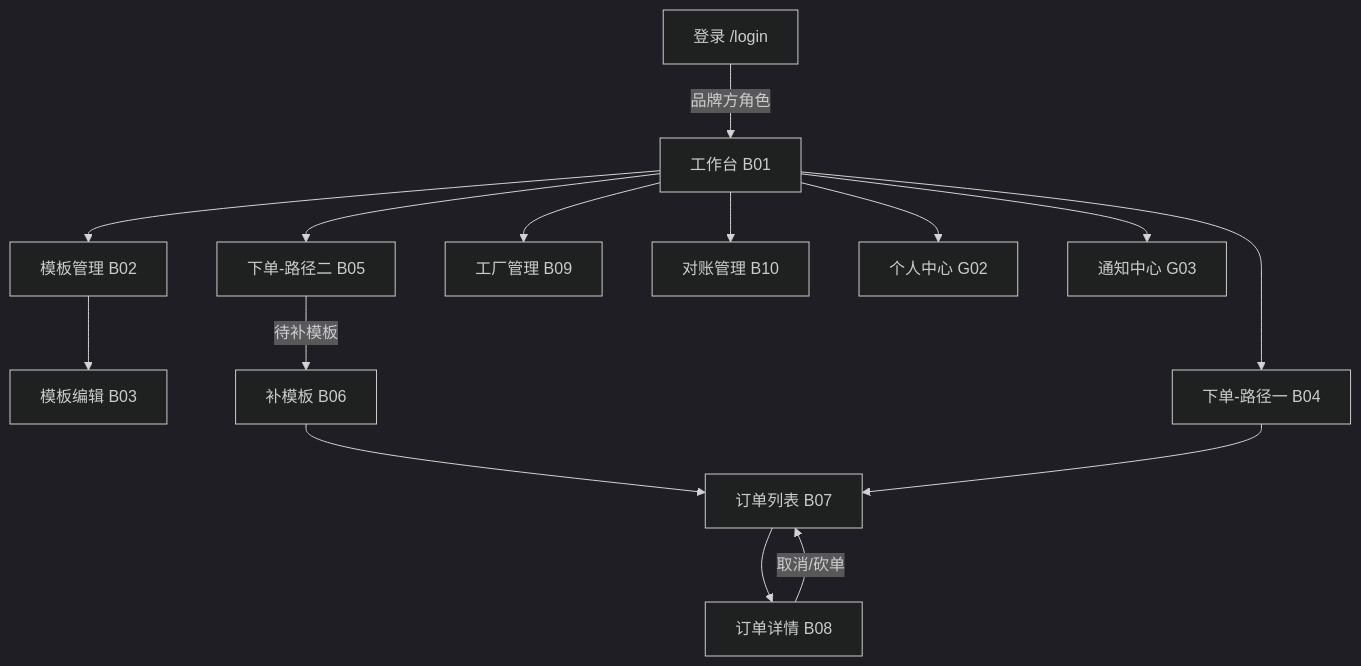
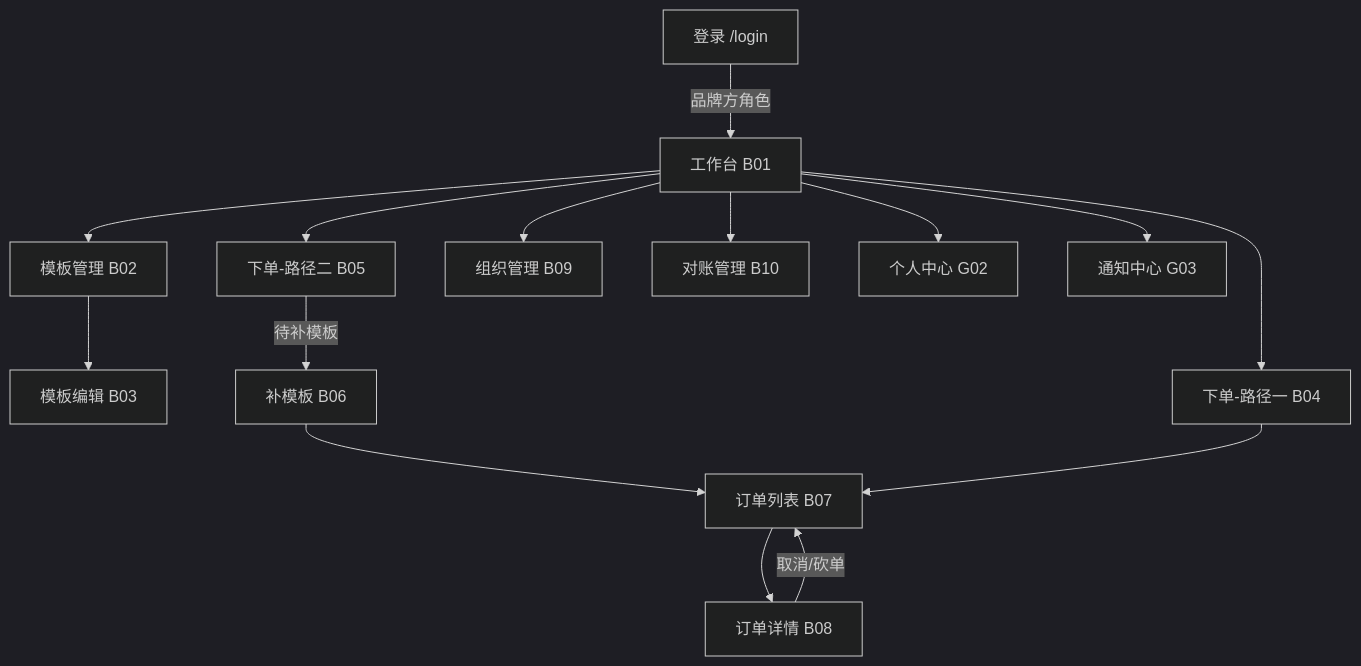
The first of 3 diagrams in docs/原型设计/页面清单与信息架构.md (xyj0694/tag-hub), drawn with Mermaid (dark theme) before and after one commit. The commit also changed other lines of this file and 26 other files, not shown here.

Commit message:
feat: 品牌方原型第一稿评审 — 对账管理完善（签收全量、物流面单、签收单预览、树形视图统一）

````diff
--- a/docs/原型设计/页面清单与信息架构.md
+++ b/docs/原型设计/页面清单与信息架构.md
@@ -59,22 +60,22 @@
 ```mermaid
 graph TD
     LOGIN["登录 /login"] -->|品牌方角色| DASHBOARD["工作台 B01"]
     
     DASHBOARD --> TEMPLATES["模板管理 B02"]
     TEMPLATES --> TEMPLATE_EDIT["模板编辑 B03"]
     
     DASHBOARD --> ORDER_NEW_T["下单-路径一 B04"]
     DASHBOARD --> ORDER_NEW_M["下单-路径二 B05"]
     ORDER_NEW_M -->|待补模板| TEMPLATE_FILL["补模板 B06"]
     TEMPLATE_FILL --> ORDER_LIST
     
     ORDER_NEW_T --> ORDER_LIST["订单列表 B07"]
     ORDER_LIST --> ORDER_DETAIL["订单详情 B08"]
     ORDER_DETAIL -->|取消/砍单| ORDER_LIST
     
-    DASHBOARD --> FACTORIES["工厂管理 B09"]
+    DASHBOARD --> FACTORIES["组织管理 B09"]
     DASHBOARD --> BILLINGS["对账管理 B10"]
     
     DASHBOARD --> PROFILE["个人中心 G02"]
     DASHBOARD --> NOTIFICATIONS["通知中心 G03"]
 ```
````
